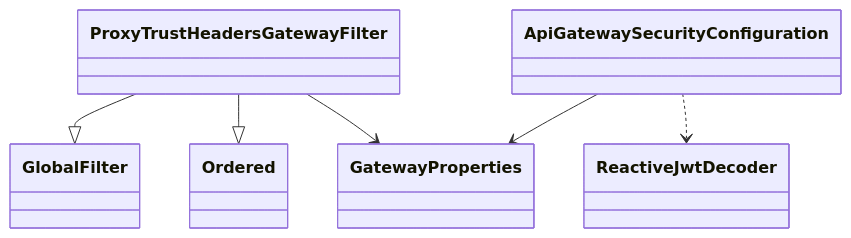
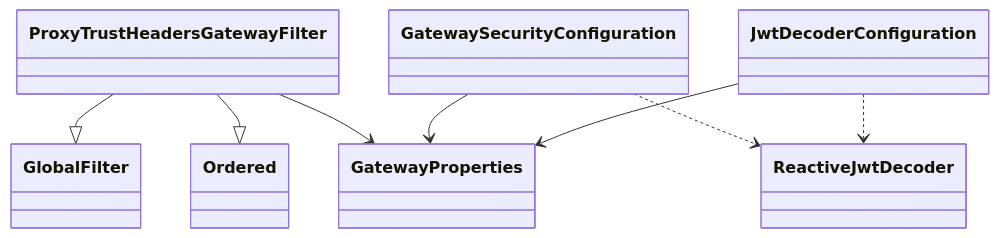
The fourth of 7 diagrams in docs/class-diagram.md (Park-Yena00/ai-api-usage-monitor), drawn with Mermaid before and after one commit. The commit also changed other lines of this file, not shown here.

First line of the commit message:
Docs: class-diagram.md 수정

````diff
--- a/docs/class-diagram.md
+++ b/docs/class-diagram.md
@@ -227,17 +156,20 @@
 ```mermaid
 classDiagram
 direction TB
 
 class ProxyTrustHeadersGatewayFilter
 class GlobalFilter
 class Ordered
-class ApiGatewaySecurityConfiguration
+class GatewaySecurityConfiguration
+class JwtDecoderConfiguration
 class GatewayProperties
 class ReactiveJwtDecoder
 
 ProxyTrustHeadersGatewayFilter --|> GlobalFilter
 ProxyTrustHeadersGatewayFilter --|> Ordered
 ProxyTrustHeadersGatewayFilter --> GatewayProperties
-ApiGatewaySecurityConfiguration --> GatewayProperties
-ApiGatewaySecurityConfiguration ..> ReactiveJwtDecoder
+GatewaySecurityConfiguration --> GatewayProperties
+GatewaySecurityConfiguration ..> ReactiveJwtDecoder
+JwtDecoderConfiguration --> GatewayProperties
+JwtDecoderConfiguration ..> ReactiveJwtDecoder
 ```
````
